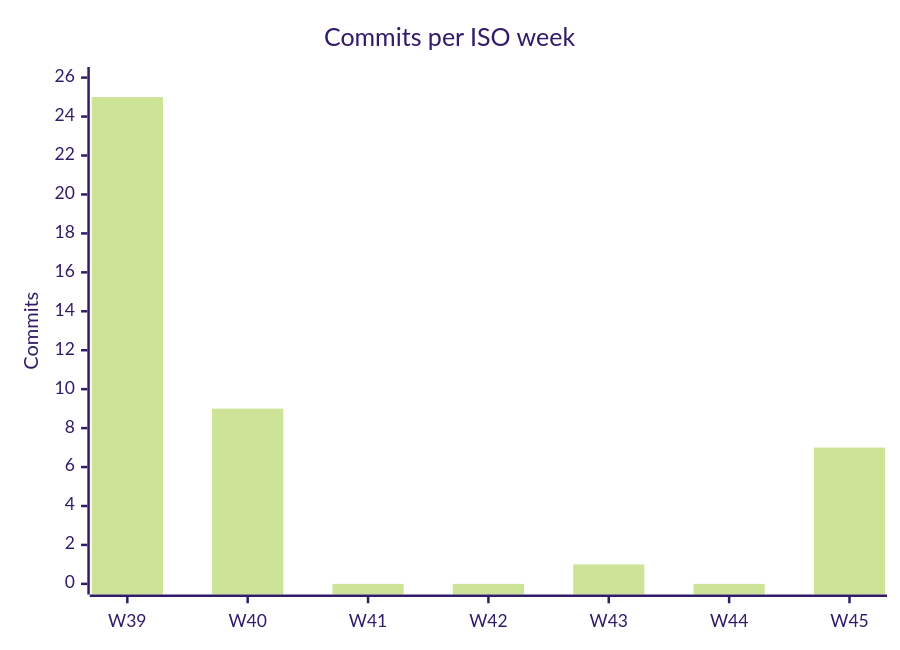
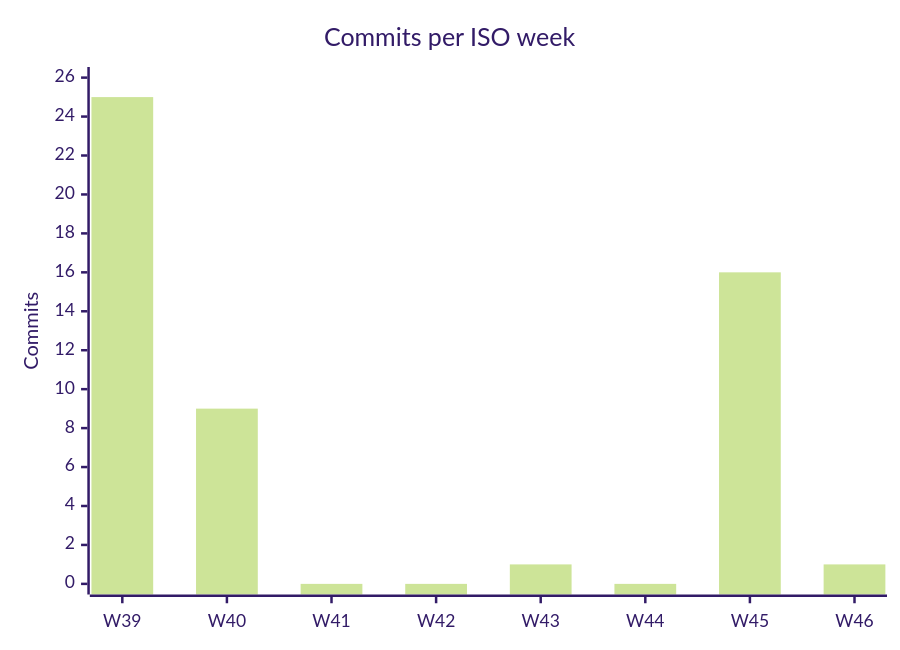
The second of 2 diagrams in droid-wiki/by-the-numbers.md (factory-aj-pahl/mockingbird-bank), drawn with Mermaid (forest theme) before and after one commit. The commit also changed other lines of this file and 32 other files, not shown here.

````diff
--- a/droid-wiki/by-the-numbers.md
+++ b/droid-wiki/by-the-numbers.md
@@ -62,7 +66,7 @@
 ```mermaid
 xychart-beta
     title "Commits per ISO week"
-    x-axis ["W39", "W40", "W41", "W42", "W43", "W44", "W45"]
+    x-axis ["W39", "W40", "W41", "W42", "W43", "W44", "W45", "W46"]
     y-axis "Commits" 0 --> 26
-    bar [25, 9, 0, 0, 1, 0, 7]
+    bar [25, 9, 0, 0, 1, 0, 16, 1]
 ```
````
